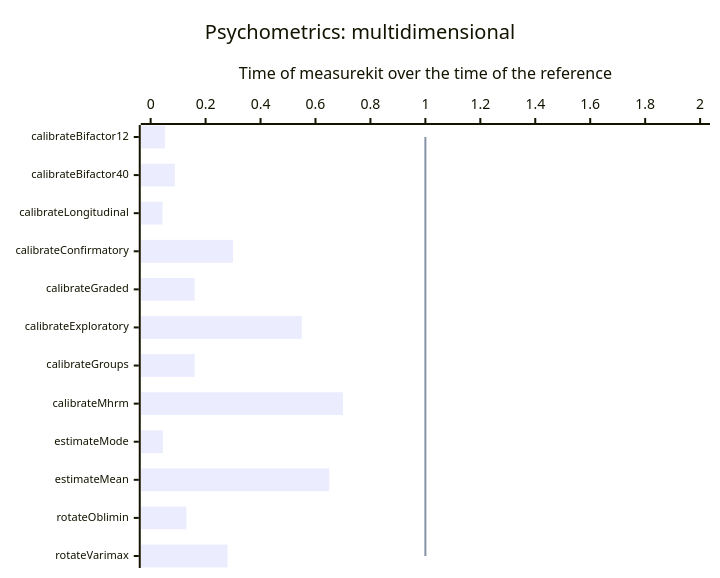
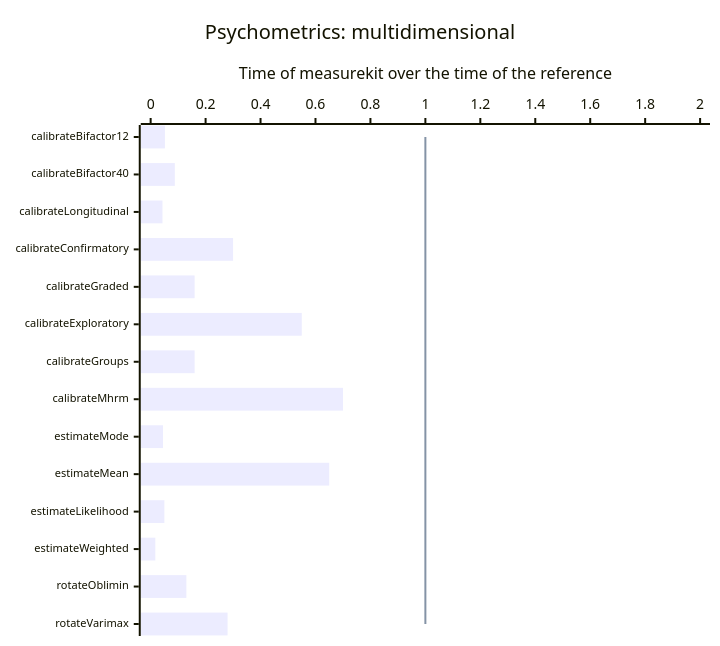
Before and after one commit to measurekit/measurekit: the third of 15 diagrams in docs/performance.md, drawn with Mermaid. The commit also changed other lines of this file and 3 other files, not shown here.

First line of the commit message:
Benchmark multidimensionalMaximumLikelihoodEstimate and multidimensionalWeightedLikelihoodEstimate against mirt's fscores ML and WLE, with budgets

````diff
--- a/docs/performance.md
+++ b/docs/performance.md
@@ -33,9 +33,9 @@
 ```mermaid
-%%{init: {"xyChart": {"height": 558, "xAxis": {"labelFontSize": 11}}}}%%
+%%{init: {"xyChart": {"height": 626, "xAxis": {"labelFontSize": 11}}}}%%
 xychart-beta horizontal
   title "Psychometrics: multidimensional"
-  x-axis ["calibrateBifactor12", "calibrateBifactor40", "calibrateLongitudinal", "calibrateConfirmatory", "calibrateGraded", "calibrateExploratory", "calibrateGroups", "calibrateMhrm", "estimateMode", "estimateMean", "rotateOblimin", "rotateVarimax"]
+  x-axis ["calibrateBifactor12", "calibrateBifactor40", "calibrateLongitudinal", "calibrateConfirmatory", "calibrateGraded", "calibrateExploratory", "calibrateGroups", "calibrateMhrm", "estimateMode", "estimateMean", "estimateLikelihood", "estimateWeighted", "rotateOblimin", "rotateVarimax"]
   y-axis "Time of measurekit over the time of the reference" 0 --> 2
-  bar [0.052, 0.088, 0.043, 0.3, 0.16, 0.55, 0.16, 0.7, 0.045, 0.65, 0.13, 0.28]
-  line [1, 1, 1, 1, 1, 1, 1, 1, 1, 1, 1, 1]
+  bar [0.052, 0.088, 0.043, 0.3, 0.16, 0.55, 0.16, 0.7, 0.045, 0.65, 0.05, 0.017, 0.13, 0.28]
+  line [1, 1, 1, 1, 1, 1, 1, 1, 1, 1, 1, 1, 1, 1]
 ```
````
